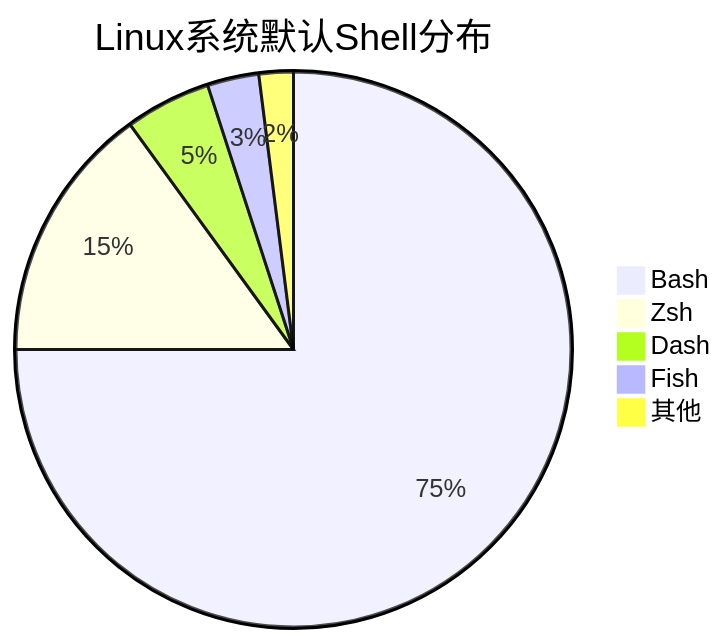
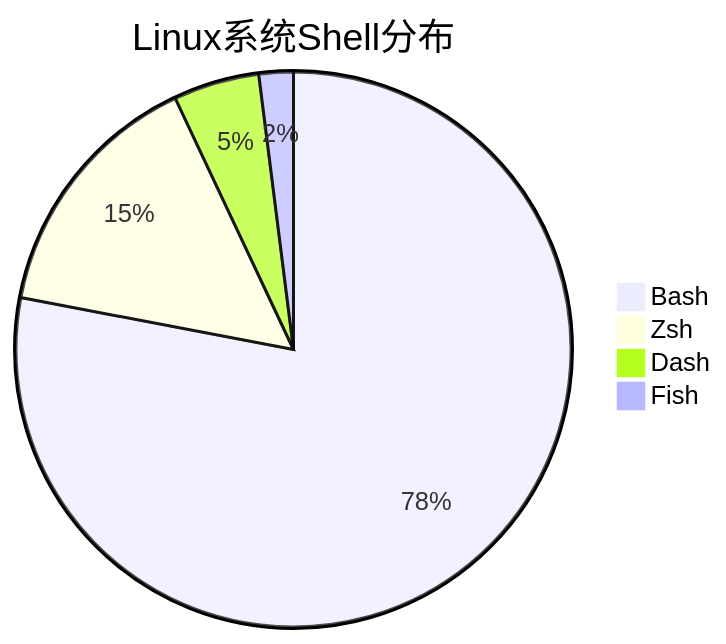
The diagram in person/编程语言/Shell/README.md (jammiest/tech_docs), drawn with Mermaid before and after one commit. The commit also changed other lines of this file and 168 other files, not shown here.

````diff
--- a/person/编程语言/Shell/README.md
+++ b/person/编程语言/Shell/README.md
@@ -8,9 +8,8 @@
 ```mermaid
 pie
-    title Linux系统默认Shell分布
-    "Bash" : 75
+    title Linux系统Shell分布
+    "Bash" : 78
     "Zsh" : 15
     "Dash" : 5
-    "Fish" : 3
-    "其他" : 2
+    "Fish" : 2
 ```
````
